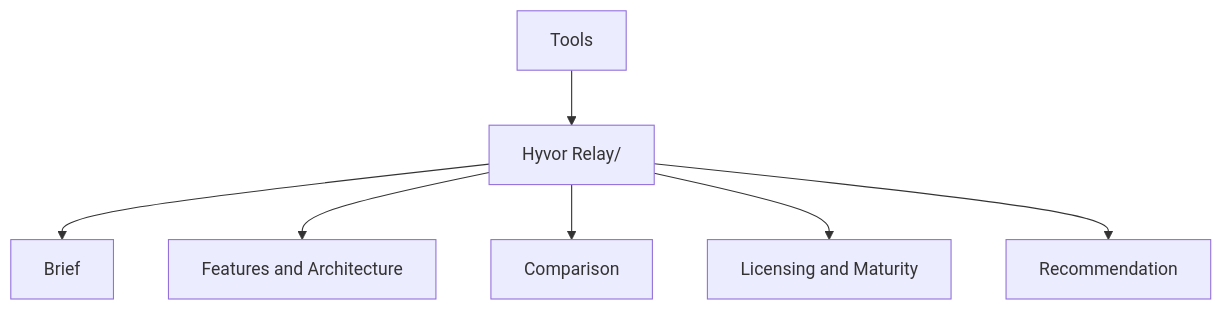
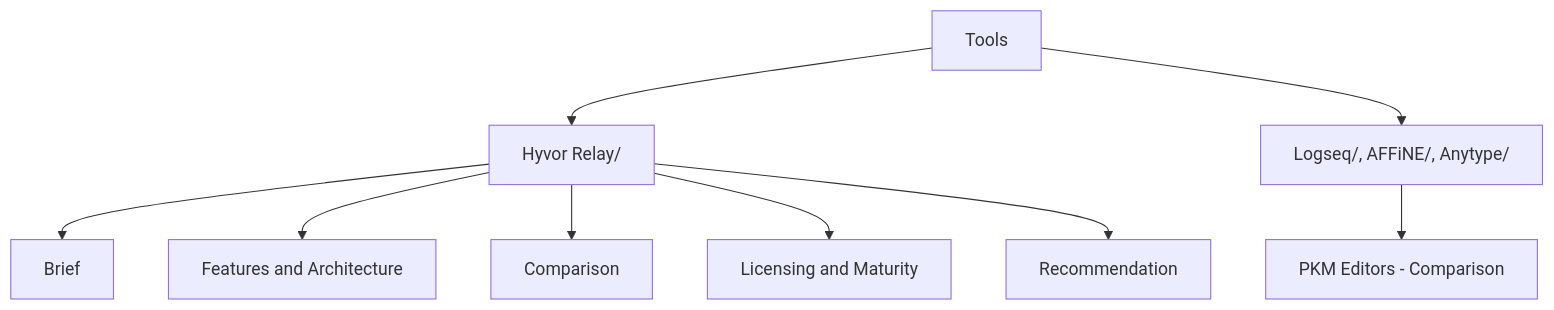
The diagram in Tools/Tools.md (Nitinsudarshan/MindME), drawn with Mermaid before and after one commit. The commit also changed other lines of this file and 4 other files, not shown here.

First line of the commit message:
Compare Logseq, AFFiNE, and Anytype via the Tools Comparison template

````diff
--- a/Tools/Tools.md
+++ b/Tools/Tools.md
@@ -19,10 +19,12 @@
 ```mermaid
 flowchart TD
     A[Tools]
     A --> B["Hyvor Relay/"]
     B --> B1[Brief]
     B --> B2[Features and Architecture]
     B --> B3[Comparison]
     B --> B4[Licensing and Maturity]
     B --> B5[Recommendation]
+    A --> C["Logseq/, AFFiNE/, Anytype/"]
+    C --> D[PKM Editors - Comparison]
 ```
````
